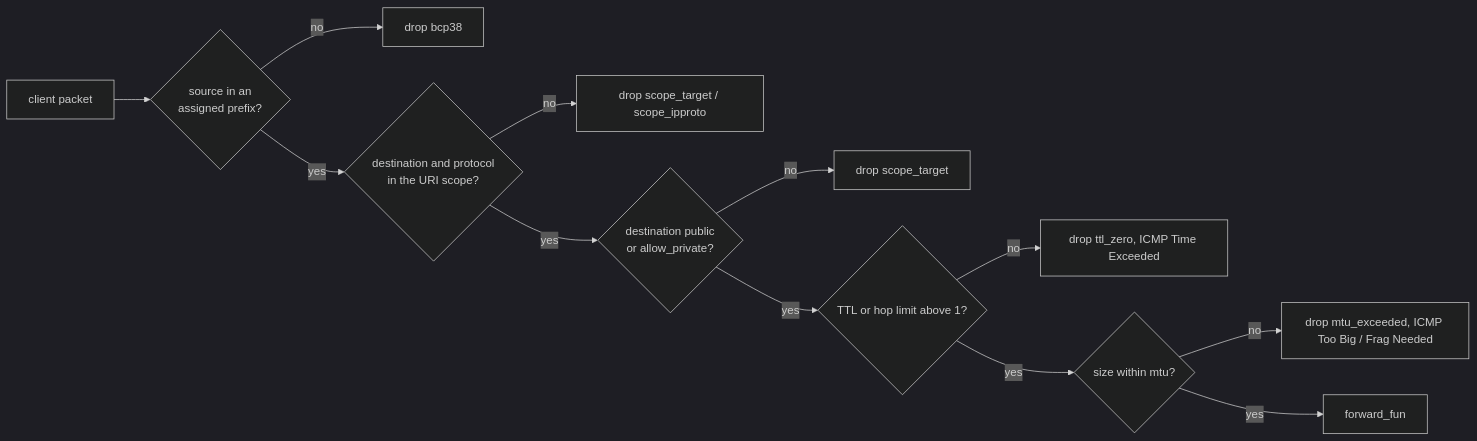
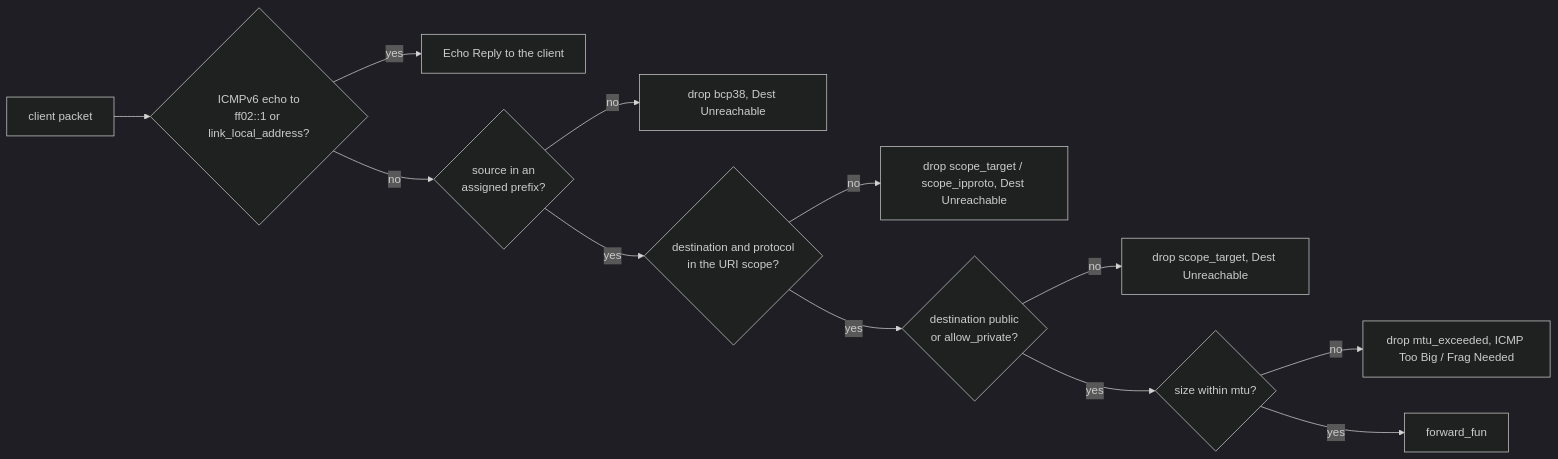
The diagram in docs/3-change/connect-ip-internals.md (benoitc/erlang_masque), drawn with Mermaid (dark theme) before and after one commit. The commit also changed other lines of this file and 28 other files, not shown here.

````diff
--- a/docs/3-change/connect-ip-internals.md
+++ b/docs/3-change/connect-ip-internals.md
@@ -56,14 +68,14 @@
 ```mermaid
 flowchart LR
-  P[client packet] --> SRC{source in an<br/>assigned prefix?}
-  SRC -- no --> D1[drop bcp38]
+  P[client packet] --> LL{ICMPv6 echo to<br/>ff02::1 or link_local_address?}
+  LL -- yes --> R[Echo Reply to the client]
+  LL -- no --> SRC{source in an<br/>assigned prefix?}
+  SRC -- no --> D1[drop bcp38, Dest Unreachable]
   SRC -- yes --> SC{destination and protocol<br/>in the URI scope?}
-  SC -- no --> D2[drop scope_target / scope_ipproto]
+  SC -- no --> D2[drop scope_target / scope_ipproto, Dest Unreachable]
   SC -- yes --> DST{destination public<br/>or allow_private?}
-  DST -- no --> D3[drop scope_target]
-  DST -- yes --> TTL{TTL or hop limit above 1?}
-  TTL -- no --> I1[drop ttl_zero, ICMP Time Exceeded]
-  TTL -- yes --> MTU{size within mtu?}
+  DST -- no --> D3[drop scope_target, Dest Unreachable]
+  DST -- yes --> MTU{size within mtu?}
   MTU -- no --> I2[drop mtu_exceeded, ICMP Too Big / Frag Needed]
   MTU -- yes --> F[forward_fun]
 ```
````
